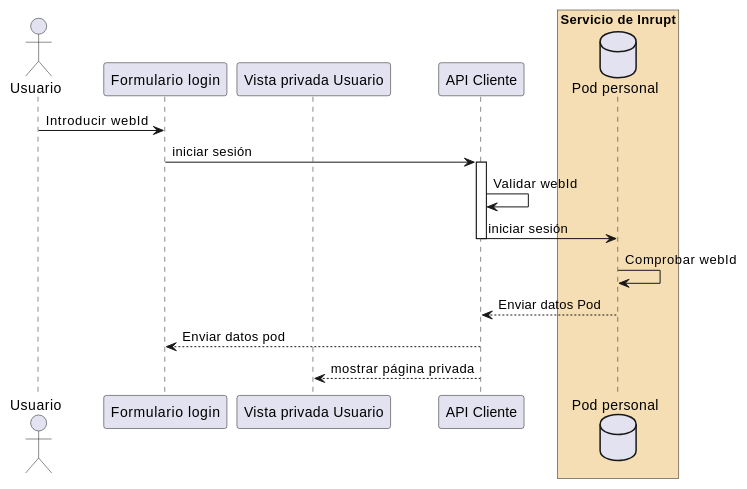
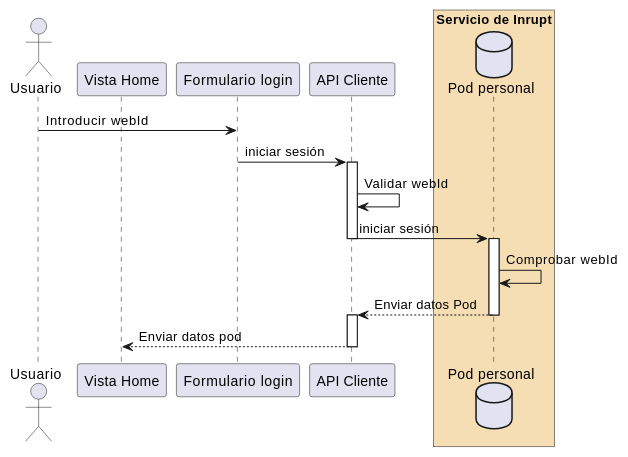
The sixth of 8 diagrams in docs/06_runtime_view.adoc (Arquisoft/lomap_es5a), drawn with PlantUML before and after one commit. The commit also changed other lines of this file and 5 other files, not shown here.

```diff
--- a/docs/06_runtime_view.adoc
+++ b/docs/06_runtime_view.adoc
@@ -127,22 +151,29 @@
 [plantuml,"runtime-6-3-1", svg]
 ----
 actor Usuario
+participant personal as "Vista Home"
 participant form as "Formulario login"
-participant personal as "Vista privada Usuario"
 participant Api as "API Cliente"
 
 box "Servicio de Inrupt" #wheat
 database Pod as "Pod personal"
 end box
 
 Usuario -> form: Introducir webId
 form -> Api: iniciar sesión
+
 activate Api
 Api -> Api: Validar webId
 Api -> Pod: iniciar sesión
 deactivate Api
+
+activate Pod
 Pod -> Pod: Comprobar webId
 Pod --> Api: Enviar datos Pod
-Api --> form: Enviar datos pod
-Api --> personal: mostrar página privada
+deactivate Pod
+
+activate Api
+Api --> personal: Enviar datos pod
+deactivate Api
+
 ----
```
